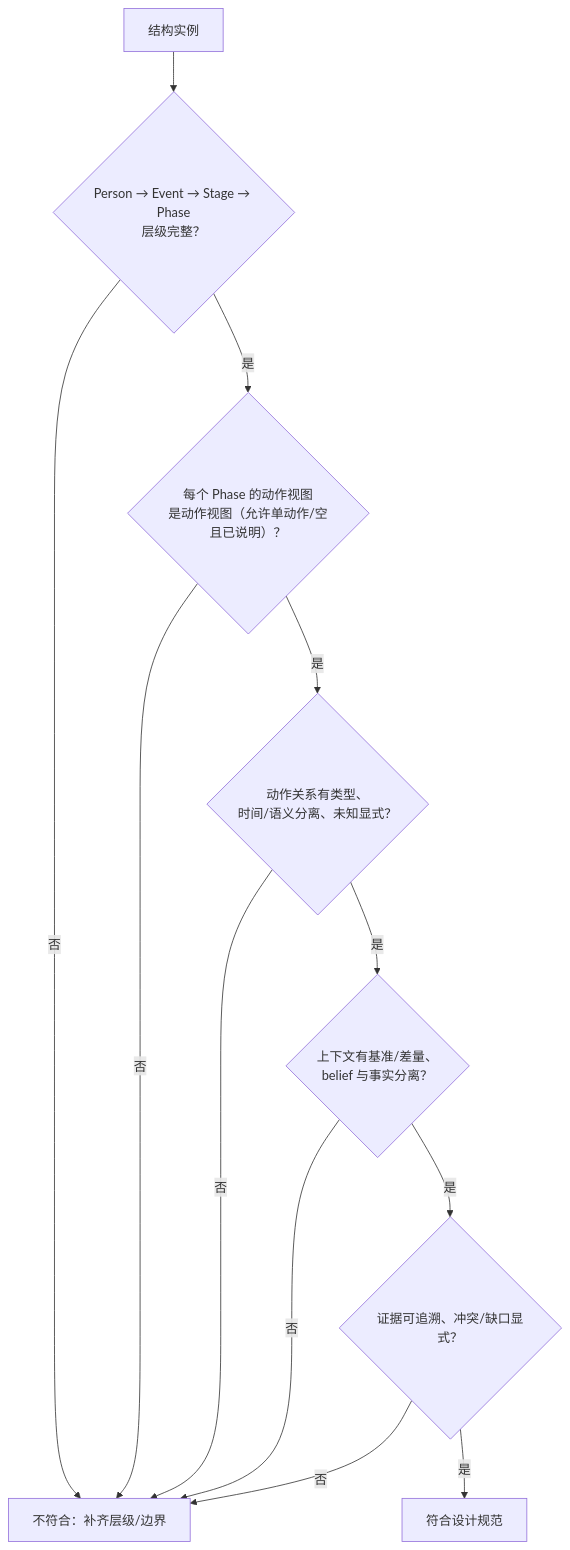
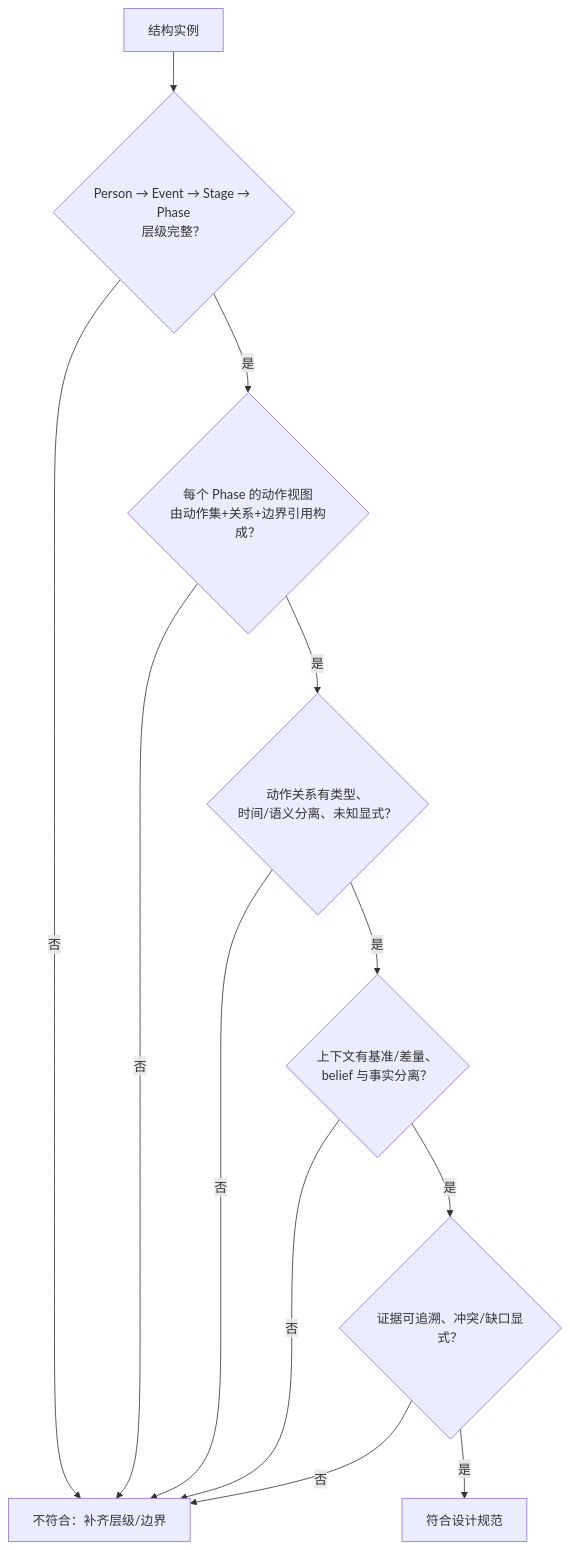
Before and after one commit to AgenticFinLab/FinMycelium: the second of 2 diagrams in docs/structures/7-specification.md, drawn with Mermaid. The commit also changed other lines of this file and 8 other files, not shown here.

First line of the commit message:
docs: expand diagrams and diagram-based explanations

````diff
--- a/docs/structures/7-specification.md
+++ b/docs/structures/7-specification.md
@@ -159,14 +176,14 @@
 ```mermaid
 flowchart TD
     X["结构实例"] --> Q1{"Person → Event → Stage → Phase<br/>层级完整？"}
     Q1 -- "否" --> FIX["不符合：补齐层级/边界"]
-    Q1 -- "是" --> Q2{"每个 Phase 的动作视图<br/>是动作视图（允许单动作/空且已说明）？"}
+    Q1 -- "是" --> Q2{"每个 Phase 的动作视图<br/>由动作集+关系+边界引用构成？"}
     Q2 -- "否" --> FIX
     Q2 -- "是" --> Q3{"动作关系有类型、<br/>时间/语义分离、未知显式？"}
     Q3 -- "否" --> FIX
     Q3 -- "是" --> Q4{"上下文有基准/差量、<br/>belief 与事实分离？"}
     Q4 -- "否" --> FIX
     Q4 -- "是" --> Q5{"证据可追溯、冲突/缺口显式？"}
     Q5 -- "否" --> FIX
     Q5 -- "是" --> OK["符合设计规范"]
 ```
````
